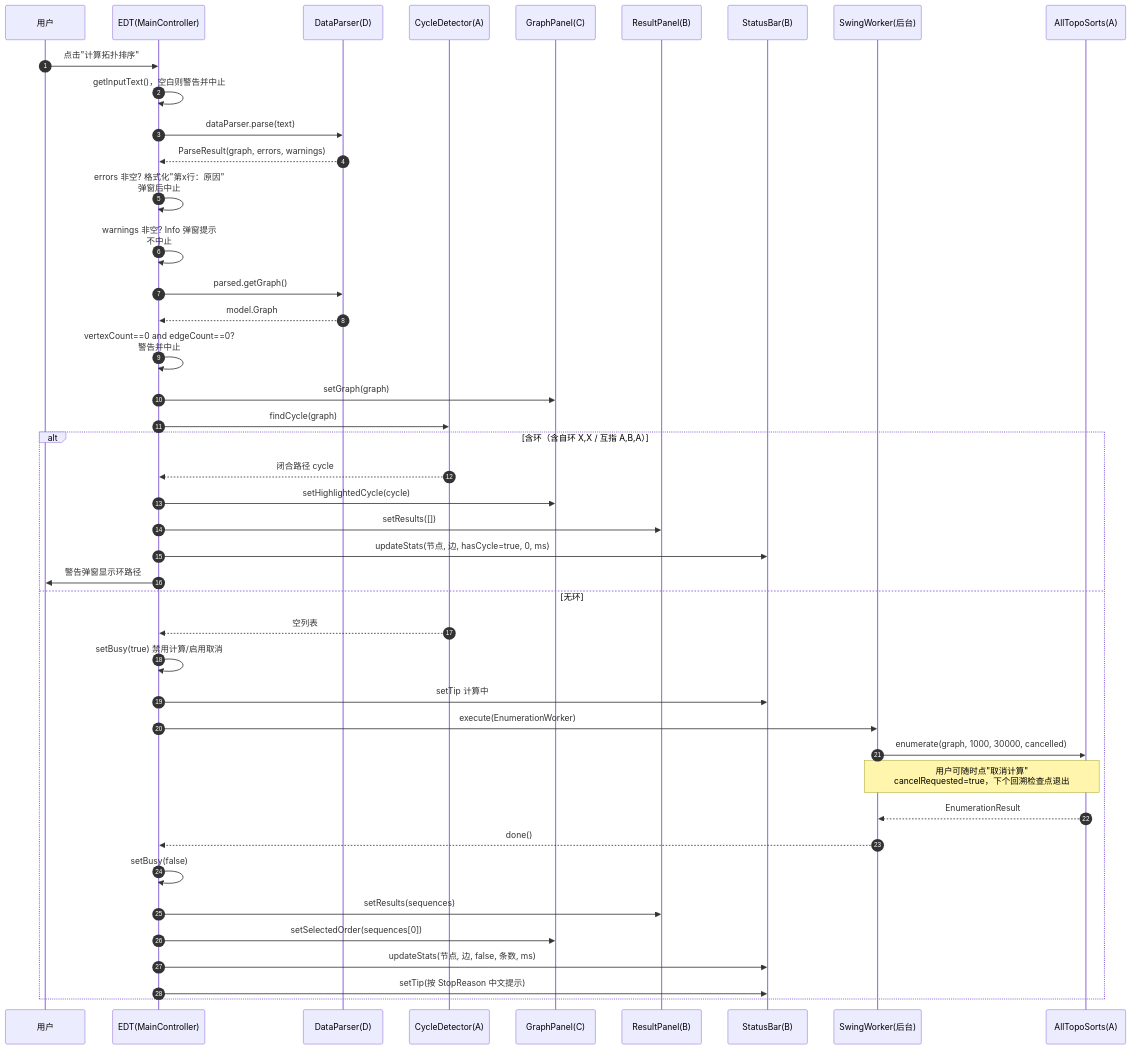
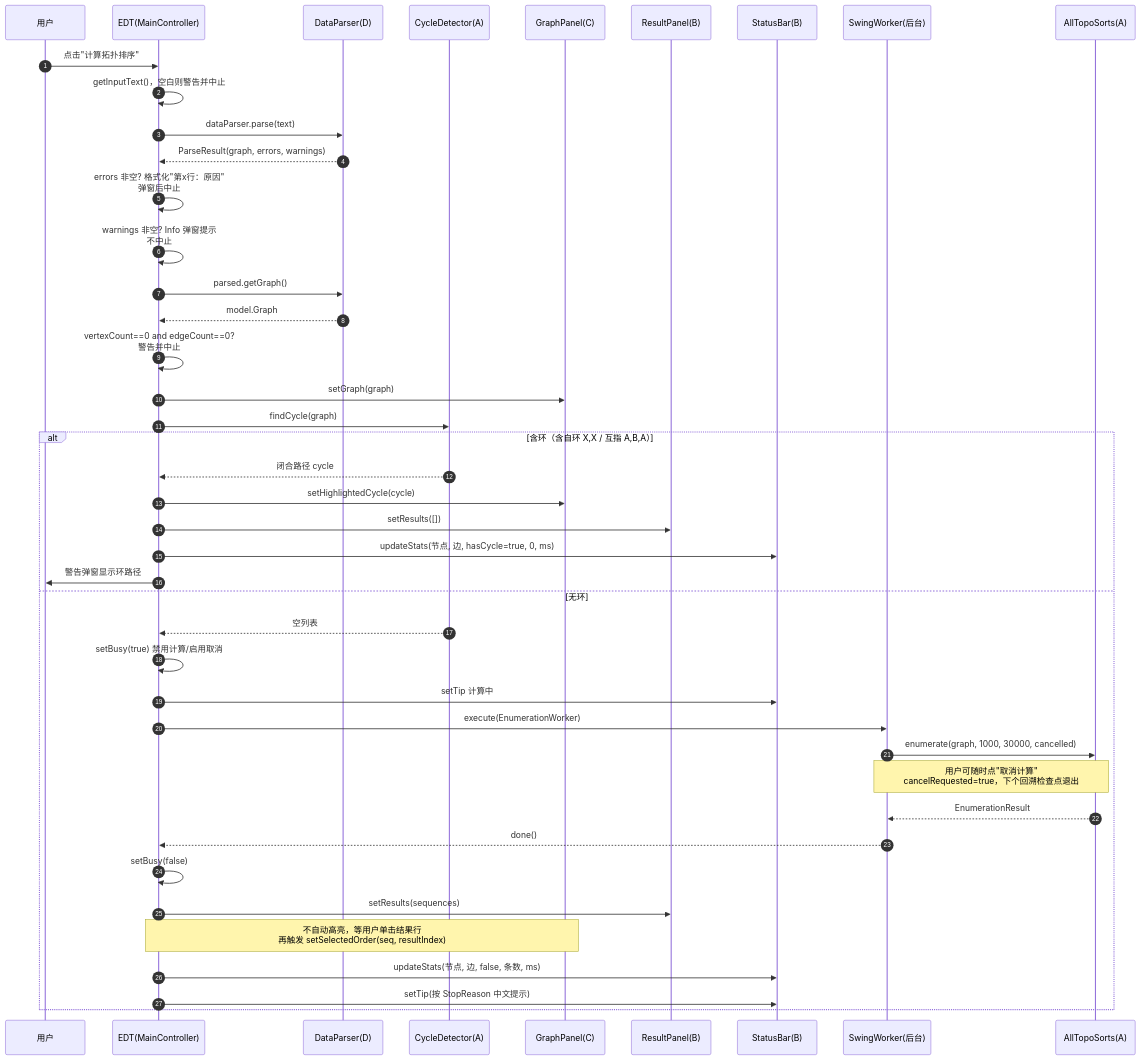
The third of 7 diagrams in docs/详细设计报告-GUI.md (yyj138/topological-sort), drawn with Mermaid before and after one commit. The commit also changed other lines of this file and 5 other files, not shown here.

````diff
--- a/docs/详细设计报告-GUI.md
+++ b/docs/详细设计报告-GUI.md
@@ -144,46 +144,46 @@
 ```mermaid
 sequenceDiagram
     autonumber
     participant U as 用户
     participant EDT as EDT(MainController)
     participant DP as DataParser(D)
     participant CD as CycleDetector(A)
     participant GP as GraphPanel(C)
     participant RP as ResultPanel(B)
     participant SB as StatusBar(B)
     participant BG as SwingWorker(后台)
     participant ALG as AllTopoSorts(A)
 
     U->>EDT: 点击"计算拓扑排序"
     EDT->>EDT: getInputText()，空白则警告并中止
     EDT->>DP: dataParser.parse(text)
     DP-->>EDT: ParseResult(graph, errors, warnings)
     EDT->>EDT: errors 非空? 格式化"第x行：原因"<br/>弹窗后中止
     EDT->>EDT: warnings 非空? Info 弹窗提示<br/>不中止
     EDT->>DP: parsed.getGraph()
     DP-->>EDT: model.Graph
     EDT->>EDT: vertexCount==0 and edgeCount==0?<br/>警告并中止
     EDT->>GP: setGraph(graph)
     EDT->>CD: findCycle(graph)
     alt 含环（含自环 X,X / 互指 A,B,A）
         CD-->>EDT: 闭合路径 cycle
         EDT->>GP: setHighlightedCycle(cycle)
         EDT->>RP: setResults([])
         EDT->>SB: updateStats(节点, 边, hasCycle=true, 0, ms)
         EDT->>U: 警告弹窗显示环路径
     else 无环
         CD-->>EDT: 空列表
         EDT->>EDT: setBusy(true) 禁用计算/启用取消
         EDT->>SB: setTip 计算中
         EDT->>BG: execute(EnumerationWorker)
         BG->>ALG: enumerate(graph, 1000, 30000, cancelled)
         Note over BG,ALG: 用户可随时点"取消计算"<br/>cancelRequested=true，下个回溯检查点退出
         ALG-->>BG: EnumerationResult
         BG-->>EDT: done()
         EDT->>EDT: setBusy(false)
         EDT->>RP: setResults(sequences)
-        EDT->>GP: setSelectedOrder(sequences[0])
+        Note over EDT,GP: 不自动高亮，等用户单击结果行<br/>再触发 setSelectedOrder(seq, resultIndex)
         EDT->>SB: updateStats(节点, 边, false, 条数, ms)
         EDT->>SB: setTip(按 StopReason 中文提示)
     end
 ```
````
